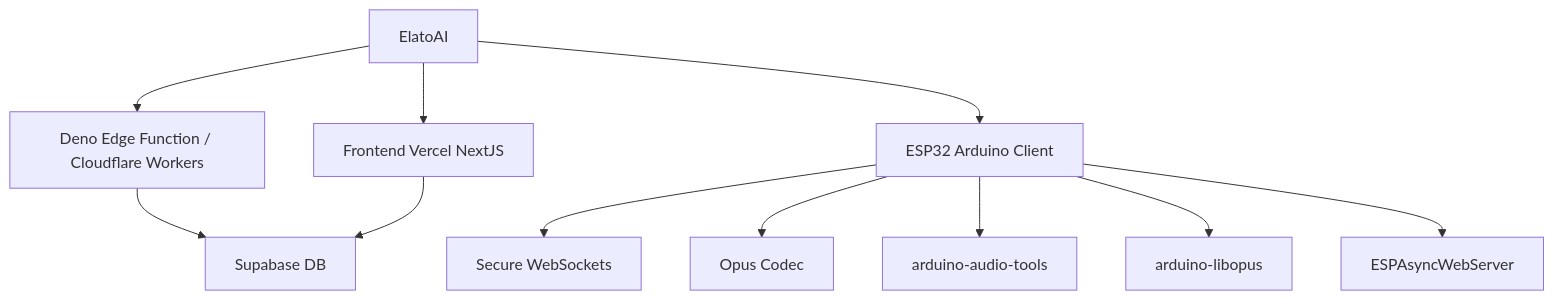
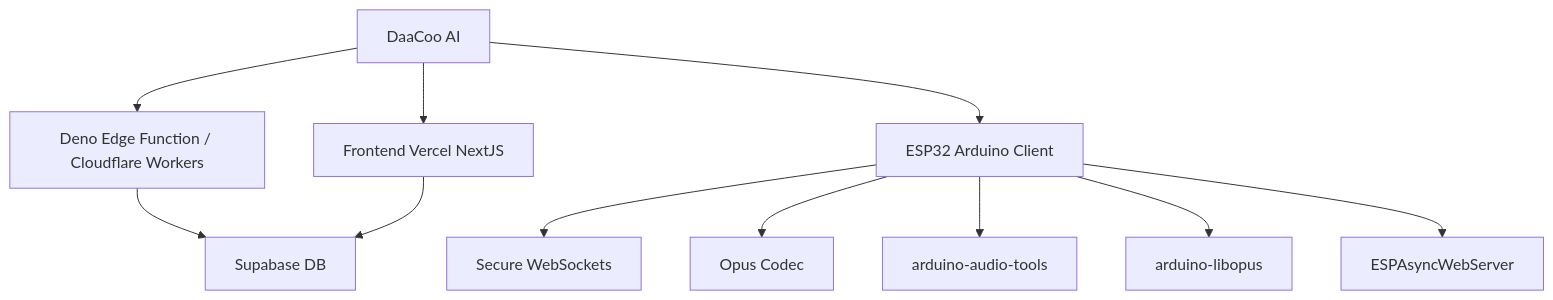
Before and after one commit to yuanzhongqiao/daacoo: the second of 2 diagrams in README.md, drawn with Mermaid. The commit also changed other lines of this file, not shown here.

````diff
--- a/README.md
+++ b/README.md
@@ -156,15 +156,15 @@
 ```mermaid
 graph TD
-  repo[ElatoAI]
+  repo[DaaCoo AI]
   repo --> frontend[Frontend Vercel NextJS]
   repo --> server[Deno Edge Function / Cloudflare Workers]
   repo --> esp32[ESP32 Arduino Client]
   server --> supabase[Supabase DB]
 
   frontend --> supabase
   esp32 --> websockets[Secure WebSockets]
   esp32 --> opus[Opus Codec]
   esp32 --> audio_tools[arduino-audio-tools]
   esp32 --> libopus[arduino-libopus]
   esp32 --> ESPAsyncWebServer[ESPAsyncWebServer]
 ```
````
